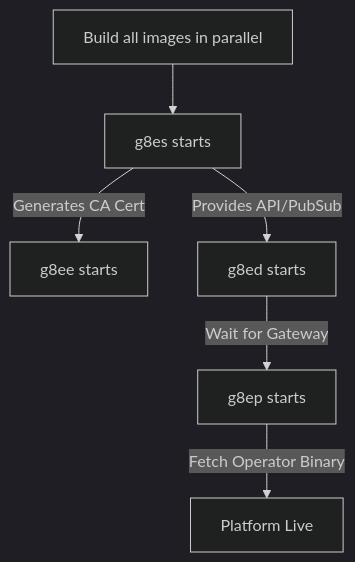
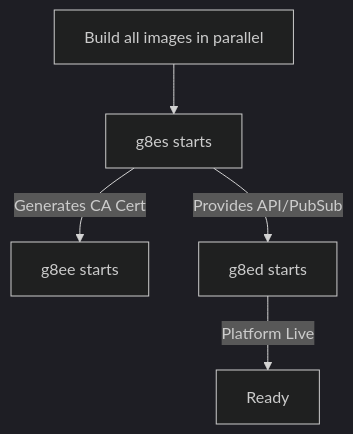
Before and after one commit to g8e-ai/g8e: the diagram in docs/architecture/builds.md, drawn with Mermaid (dark theme). The commit also changed other lines of this file and 896 other files, not shown here.

First line of the commit message:
v0.2.0 - Protobuf-First Architecture + L1/L2/L3 Governance + Recursive Grep Tool + Tribunal 2.0 Pipeline (#45)

````diff
--- a/docs/architecture/builds.md
+++ b/docs/architecture/builds.md
@@ -39,8 +40,7 @@
 ```mermaid
 graph TD
     A[Build all images in parallel] --> B[g8es starts]
     B -->|Generates CA Cert| C[g8ee starts]
     B -->|Provides API/PubSub| D[g8ed starts]
-    D -->|Wait for Gateway| E[g8ep starts]
-    E -->|Fetch Operator Binary| F[Platform Live]
+    D -->|Platform Live| F[Ready]
 ```
````
